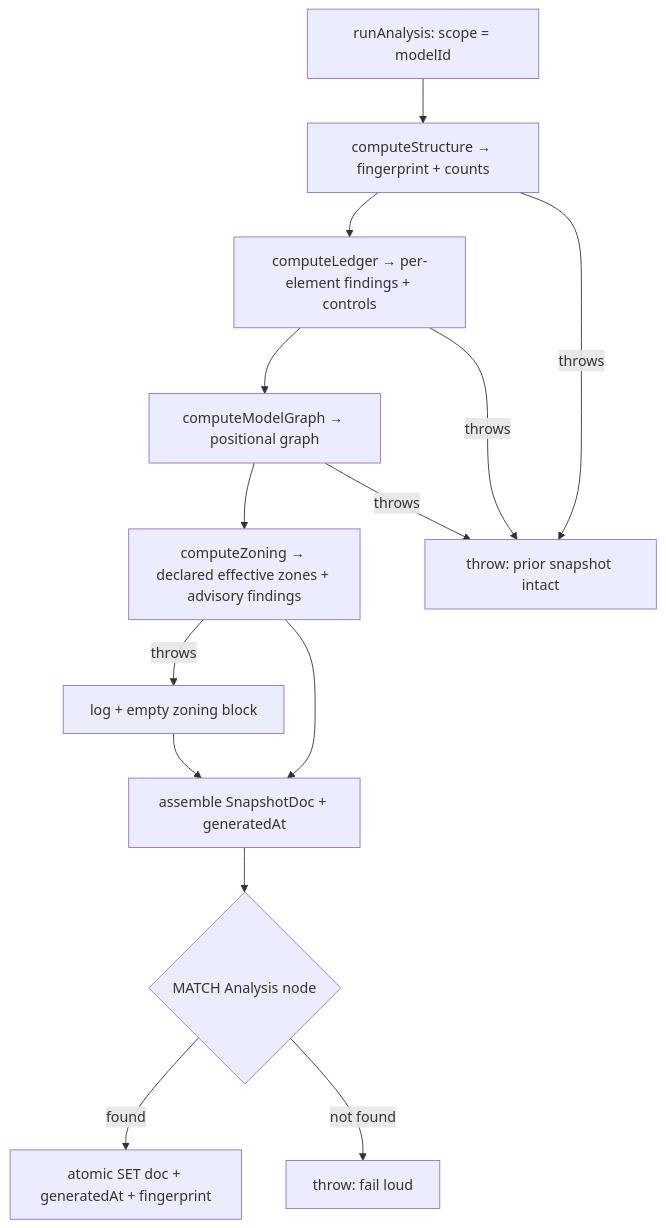
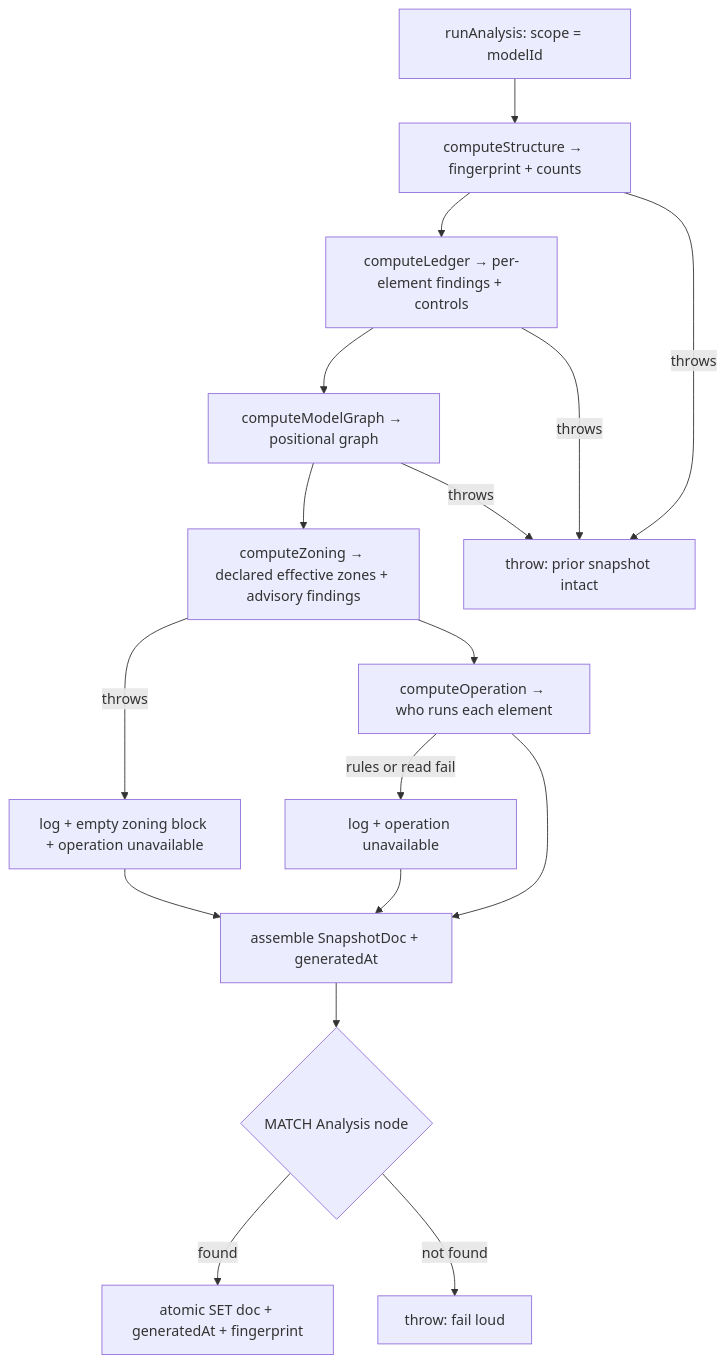
One commit to dether-net/dethernety-oss changed the second of 3 diagrams in docs/architecture/dethernety-threat-report/backend.md. Above: the diagram before and after it, drawn with Mermaid. The commit also changed other lines of this file and 58 other files, not shown here.

````diff
--- a/docs/architecture/dethernety-threat-report/backend.md
+++ b/docs/architecture/dethernety-threat-report/backend.md
@@ -98,16 +101,19 @@
 ```mermaid
 flowchart TD
     A[runAnalysis: scope = modelId] --> B[computeStructure → fingerprint + counts]
     B --> C[computeLedger → per-element findings + controls]
     C --> D[computeModelGraph → positional graph]
     D --> Z[computeZoning → declared effective zones + advisory findings]
-    Z -- throws --> ZE[log + empty zoning block]
-    Z --> E[assemble SnapshotDoc + generatedAt]
+    Z -- throws --> ZE[log + empty zoning block + operation unavailable]
+    Z --> O[computeOperation → who runs each element]
+    O -- rules or read fail --> OU[log + operation unavailable]
+    O --> E[assemble SnapshotDoc + generatedAt]
+    OU --> E
     ZE --> E
     E --> F{MATCH Analysis node}
     F -- found --> G[atomic SET doc + generatedAt + fingerprint]
     F -- not found --> H[throw: fail loud]
     B -- throws --> H2[throw: prior snapshot intact]
     C -- throws --> H2
     D -- throws --> H2
 ```
````
